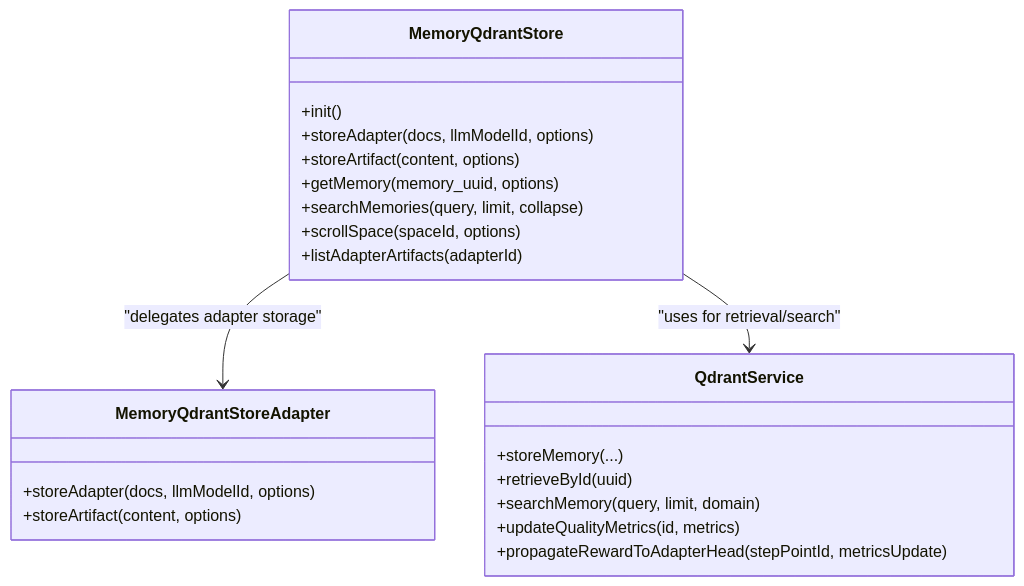
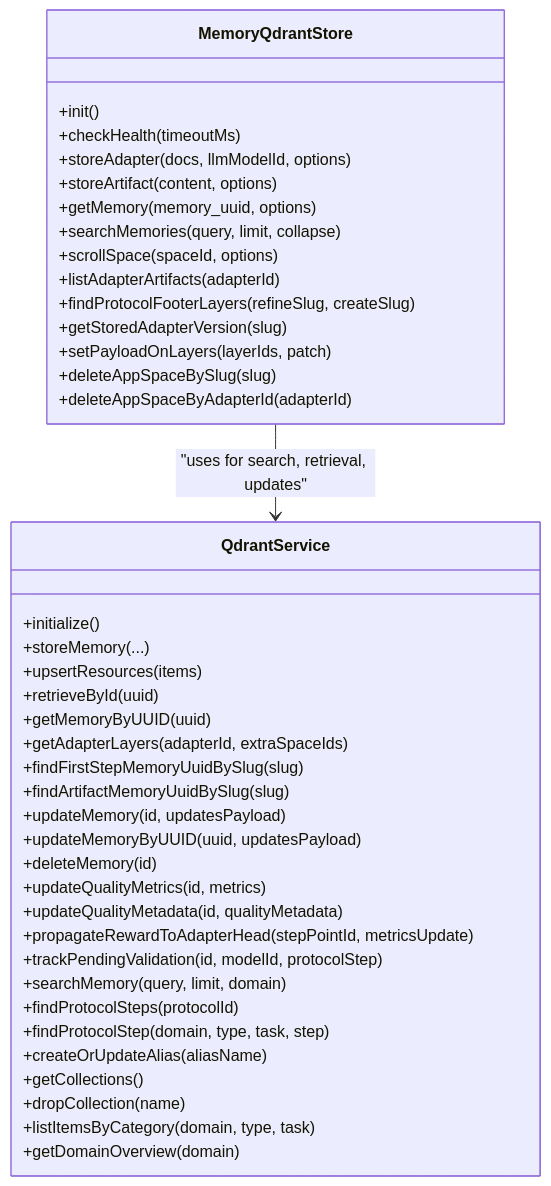
The seventh of 9 diagrams in .qoder/repowiki/en/content/Core Concepts/Core Concepts.md (SquadRules/mcp), drawn with Mermaid before and after one commit. The commit also changed other lines of this file and 553 other files, not shown here.

````diff
--- a/.qoder/repowiki/en/content/Core Concepts/Core Concepts.md
+++ b/.qoder/repowiki/en/content/Core Concepts/Core Concepts.md
@@ -225,25 +311,44 @@
 ```mermaid
 classDiagram
 class MemoryQdrantStore {
 +init()
++checkHealth(timeoutMs)
 +storeAdapter(docs, llmModelId, options)
 +storeArtifact(content, options)
 +getMemory(memory_uuid, options)
 +searchMemories(query, limit, collapse)
 +scrollSpace(spaceId, options)
 +listAdapterArtifacts(adapterId)
-}
-class MemoryQdrantStoreAdapter {
-+storeAdapter(docs, llmModelId, options)
-+storeArtifact(content, options)
++findProtocolFooterLayers(refineSlug, createSlug)
++getStoredAdapterVersion(slug)
++setPayloadOnLayers(layerIds, patch)
++deleteAppSpaceBySlug(slug)
++deleteAppSpaceByAdapterId(adapterId)
 }
 class QdrantService {
++initialize()
 +storeMemory(...)
++upsertResources(items)
 +retrieveById(uuid)
++getMemoryByUUID(uuid)
++getAdapterLayers(adapterId, extraSpaceIds)
++findFirstStepMemoryUuidBySlug(slug)
++findArtifactMemoryUuidBySlug(slug)
++updateMemory(id, updatesPayload)
++updateMemoryByUUID(uuid, updatesPayload)
++deleteMemory(id)
++updateQualityMetrics(id, metrics)
++updateQualityMetadata(id, qualityMetadata)
++propagateRewardToAdapterHead(stepPointId, metricsUpdate)
++trackPendingValidation(id, modelId, protocolStep)
 +searchMemory(query, limit, domain)
-+updateQualityMetrics(id, metrics)
-+propagateRewardToAdapterHead(stepPointId, metricsUpdate)
++findProtocolSteps(protocolId)
++findProtocolStep(domain, type, task, step)
++createOrUpdateAlias(aliasName)
++getCollections()
++dropCollection(name)
++listItemsByCategory(domain, type, task)
++getDomainOverview(domain)
 }
-MemoryQdrantStore --> MemoryQdrantStoreAdapter : "delegates adapter storage"
-MemoryQdrantStore --> QdrantService : "uses for retrieval/search"
+MemoryQdrantStore --> QdrantService : "uses for search, retrieval, updates"
 ```
````
